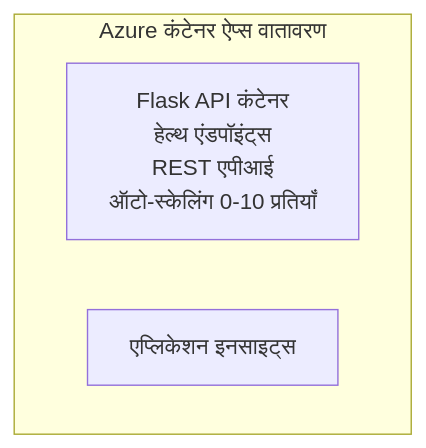
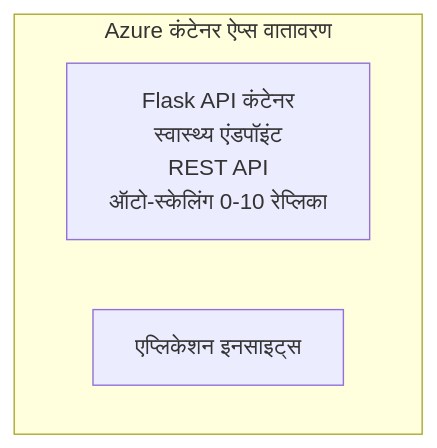
One commit to microsoft/AZD-for-beginners changed the diagram in translations/hi/examples/container-app/simple-flask-api/README.md. Above: the diagram before and after it, drawn with Mermaid. The commit also changed other lines of this file and 104 other files, not shown here.

````diff
--- a/translations/hi/examples/container-app/simple-flask-api/README.md
+++ b/translations/hi/examples/container-app/simple-flask-api/README.md
@@ -26,7 +26,7 @@
 ```mermaid
 graph TD
     subgraph ACA[Azure कंटेनर ऐप्स वातावरण]
-        Flask[Flask API कंटेनर<br/>हेल्थ एंडपॉइंट्स<br/>REST एपीआई<br/>ऑटो-स्केलिंग 0-10 प्रतियाँ]
+        Flask[Flask API कंटेनर<br/>स्वास्थ्य एंडपॉइंट<br/>REST API<br/>ऑटो-स्केलिंग 0-10 रेप्लिका]
         AppInsights[एप्लिकेशन इनसाइट्स]
     end
 ```
````
